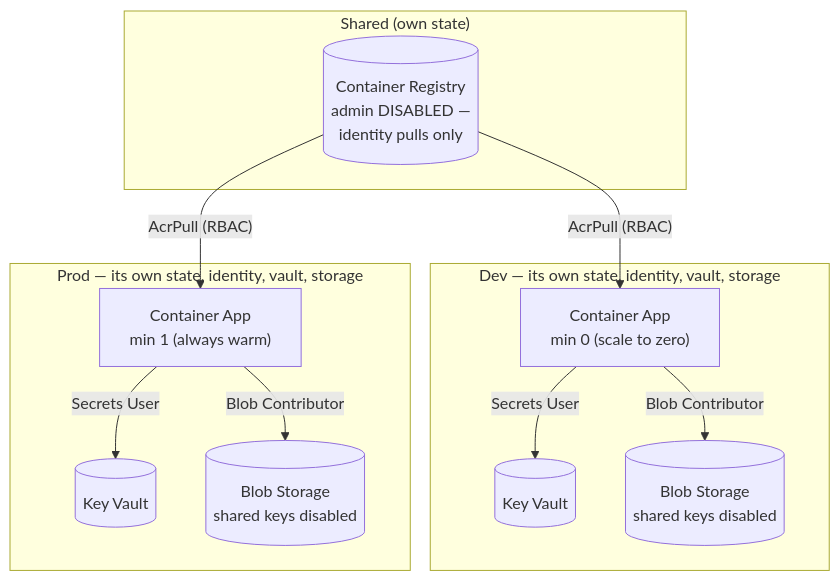
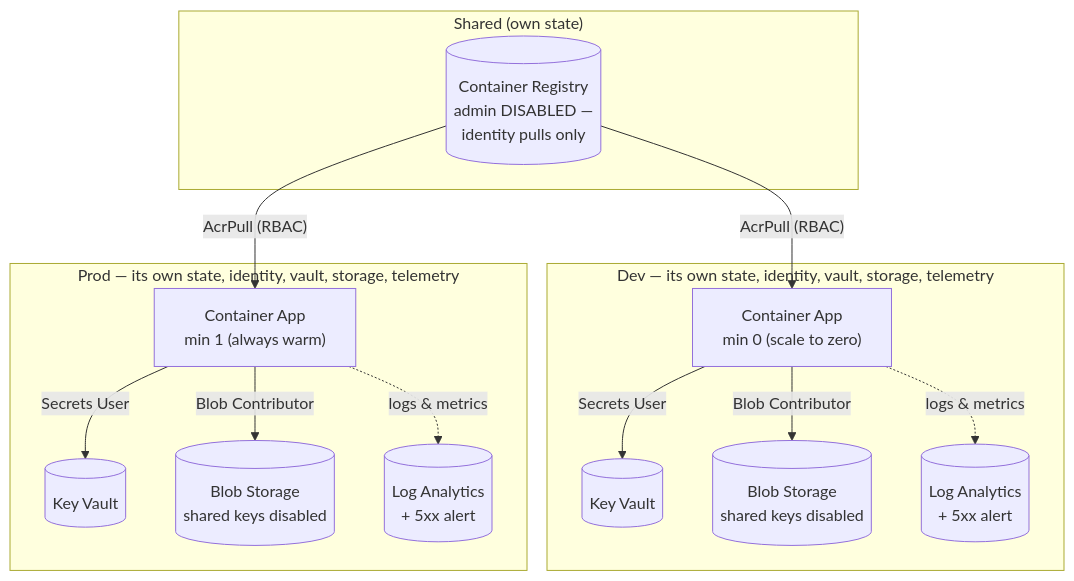
Before and after one commit to MollyMadel3ine/azure-container-iac: the first of 2 diagrams in README.md, drawn with Mermaid. The commit also changed other lines of this file, not shown here.

````diff
--- a/README.md
+++ b/README.md
@@ -19,25 +19,29 @@
 ```mermaid
 flowchart TB
     subgraph shared["Shared (own state)"]
         acr[("Container Registry<br/>admin DISABLED —<br/>identity pulls only")]
     end
 
-    subgraph dev["Dev — its own state, identity, vault, storage"]
+    subgraph dev["Dev — its own state, identity, vault, storage, telemetry"]
         devapp["Container App<br/>min 0 (scale to zero)"]
         devkv[("Key Vault")]
         devst[("Blob Storage<br/>shared keys disabled")]
+        devlaw[("Log Analytics<br/>+ 5xx alert")]
     end
 
-    subgraph prod["Prod — its own state, identity, vault, storage"]
+    subgraph prod["Prod — its own state, identity, vault, storage, telemetry"]
         prodapp["Container App<br/>min 1 (always warm)"]
         prodkv[("Key Vault")]
         prodst[("Blob Storage<br/>shared keys disabled")]
+        prodlaw[("Log Analytics<br/>+ 5xx alert")]
     end
 
     acr -- "AcrPull (RBAC)" --> devapp
     acr -- "AcrPull (RBAC)" --> prodapp
     devapp -- "Secrets User" --> devkv
     devapp -- "Blob Contributor" --> devst
+    devapp -. "logs & metrics" .-> devlaw
     prodapp -- "Secrets User" --> prodkv
     prodapp -- "Blob Contributor" --> prodst
+    prodapp -. "logs & metrics" .-> prodlaw
 ```
````
